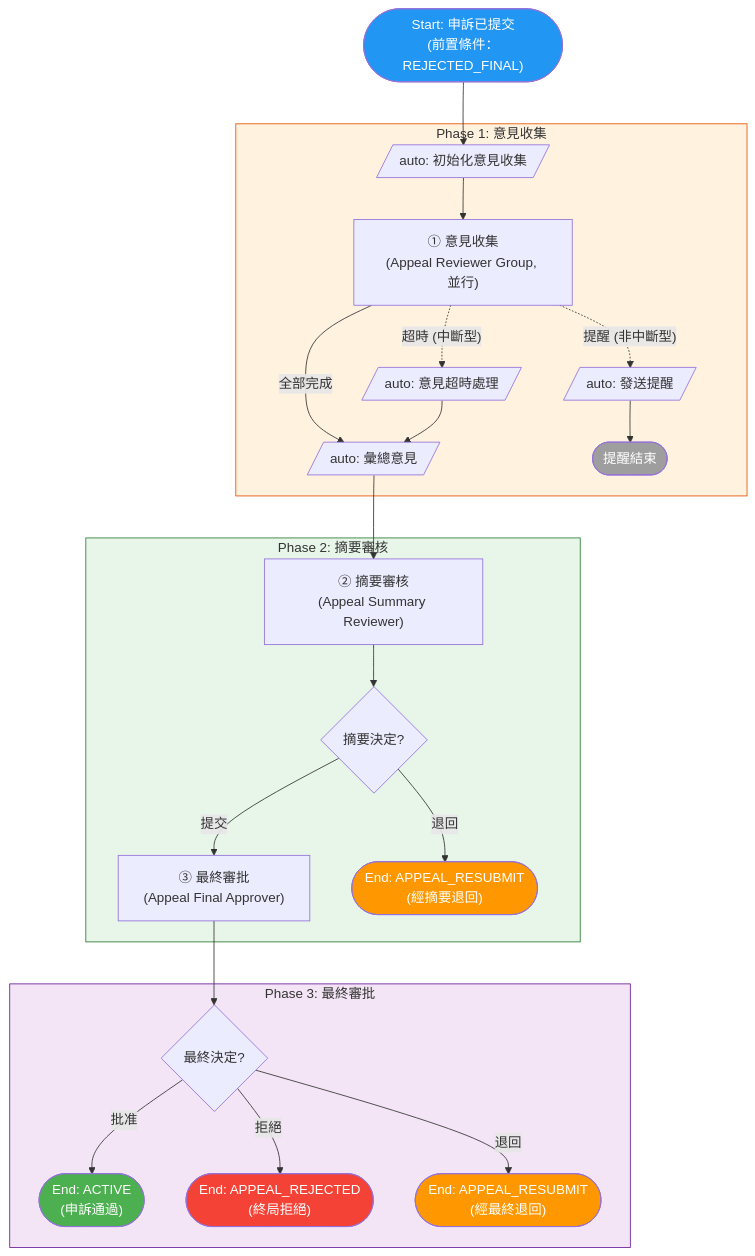
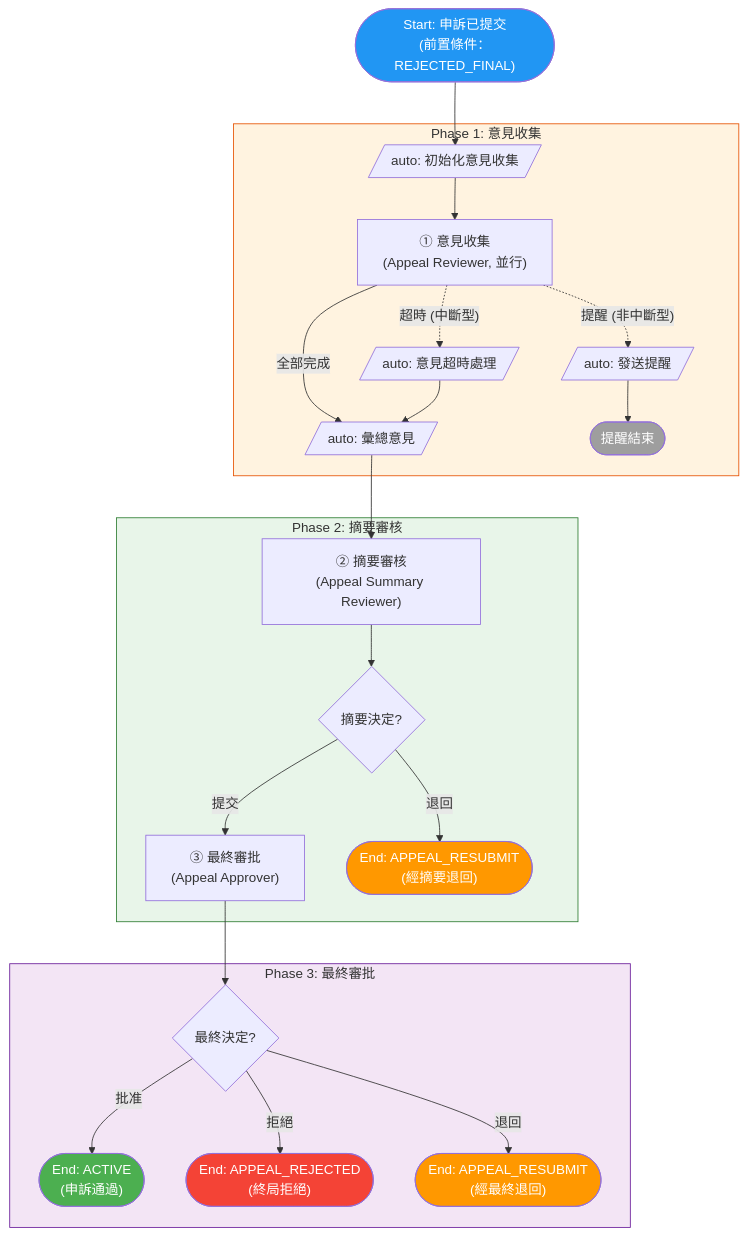
One commit to OneStar-Projects/SLAS-Docs changed the fourth of 6 diagrams in student-org-workflow-flowcharts.md. Above: the diagram before and after it, drawn with Mermaid. The commit also changed other lines of this file and 1 other file, not shown here.

````diff
--- a/student-org-workflow-flowcharts.md
+++ b/student-org-workflow-flowcharts.md
@@ -256,48 +263,48 @@
 ```mermaid
 flowchart TD
     Start(["Start: 申訴已提交<br/>(前置條件：REJECTED_FINAL)"])
     Start --> InitOpinion
 
     subgraph Phase1["Phase 1: 意見收集"]
         InitOpinion[/"auto: 初始化意見收集"/]
-        InitOpinion --> CollectOpinions["① 意見收集<br/>(Appeal Reviewer Group, 並行)"]
+        InitOpinion --> CollectOpinions["① 意見收集<br/>(Appeal Reviewer, 並行)"]
 
         CollectOpinions -->|"全部完成"| SummarizeOpinions
         CollectOpinions -.->|"超時 (中斷型)"| TimeoutHandler[/"auto: 意見超時處理"/]
         CollectOpinions -.->|"提醒 (非中斷型)"| SendReminder[/"auto: 發送提醒"/]
 
         TimeoutHandler --> SummarizeOpinions
         SendReminder --> ReminderEnd(["提醒結束"])
     end
 
     subgraph Phase2["Phase 2: 摘要審核"]
         SummarizeOpinions[/"auto: 彙總意見"/]
         SummarizeOpinions --> SummaryReview["② 摘要審核<br/>(Appeal Summary Reviewer)"]
         SummaryReview --> SummaryDecision{摘要決定?}
         SummaryDecision -->|"提交"| FinalApproval
         SummaryDecision -->|"退回"| EndResubmitSummary
     end
 
     subgraph Phase3["Phase 3: 最終審批"]
-        FinalApproval["③ 最終審批<br/>(Appeal Final Approver)"]
+        FinalApproval["③ 最終審批<br/>(Appeal Approver)"]
         FinalApproval --> FinalDecision{最終決定?}
         FinalDecision -->|"批准"| EndApproved
         FinalDecision -->|"拒絕"| EndRejected
         FinalDecision -->|"退回"| EndResubmitFinal
     end
 
     EndApproved(["End: ACTIVE<br/>(申訴通過)"])
     EndRejected(["End: APPEAL_REJECTED<br/>(終局拒絕)"])
     EndResubmitSummary(["End: APPEAL_RESUBMIT<br/>(經摘要退回)"])
     EndResubmitFinal(["End: APPEAL_RESUBMIT<br/>(經最終退回)"])
 
     style Start fill:#2196F3,color:#fff
     style EndApproved fill:#4CAF50,color:#fff
     style EndRejected fill:#f44336,color:#fff
     style EndResubmitSummary fill:#FF9800,color:#fff
     style EndResubmitFinal fill:#FF9800,color:#fff
     style ReminderEnd fill:#9E9E9E,color:#fff
     style Phase1 fill:#FFF3E0,stroke:#E65100
     style Phase2 fill:#E8F5E9,stroke:#2E7D32
     style Phase3 fill:#F3E5F5,stroke:#6A1B9A
 ```
````
